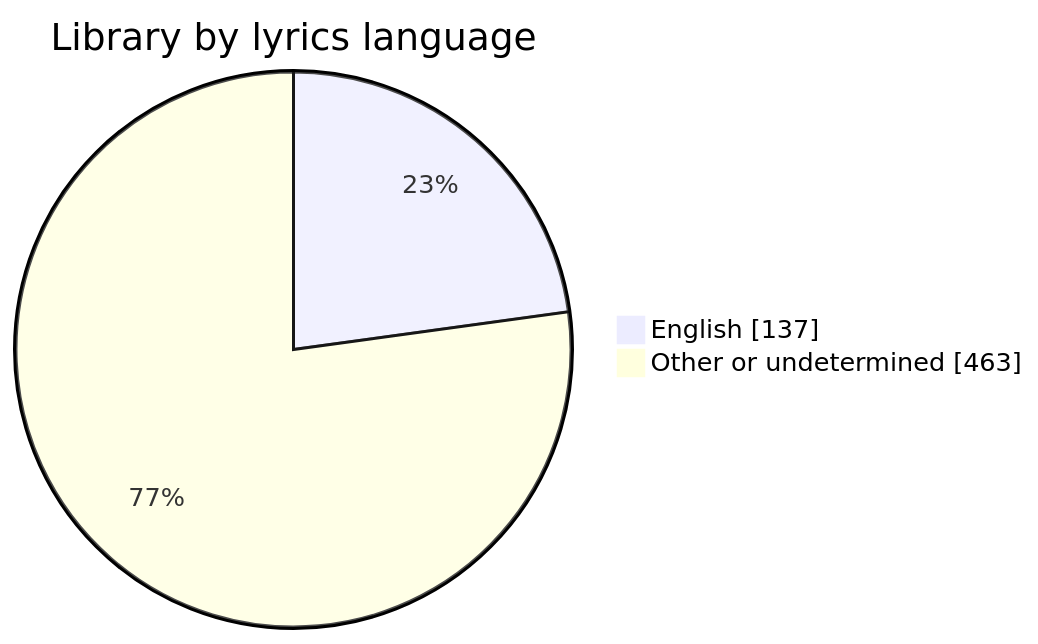
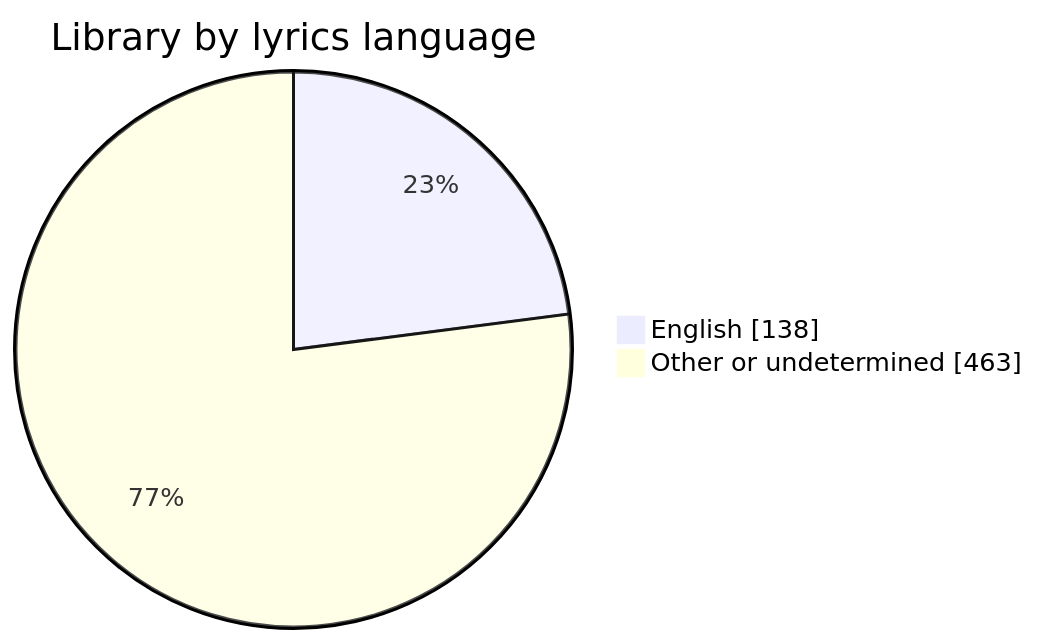
Before and after one commit to krystofkomanec/zpevnik-kk: the diagram in README.md, drawn with Mermaid. The commit also changed other lines of this file and 5 other files, not shown here.

````diff
--- a/README.md
+++ b/README.md
@@ -35,6 +35,6 @@
 ```mermaid
 pie showData
     title Library by lyrics language
-    "English" : 137
+    "English" : 138
     "Other or undetermined" : 463
 ```
````
